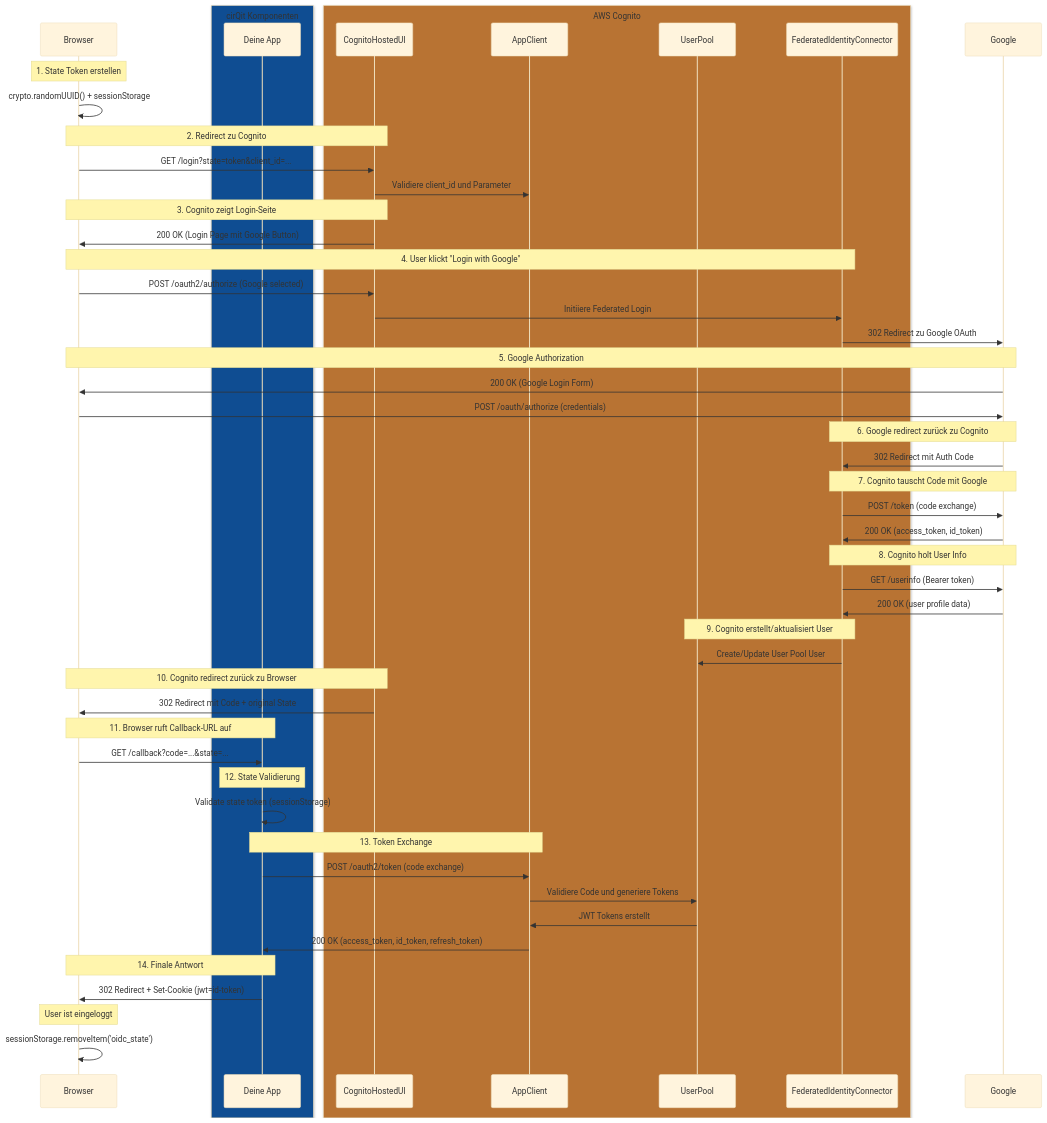
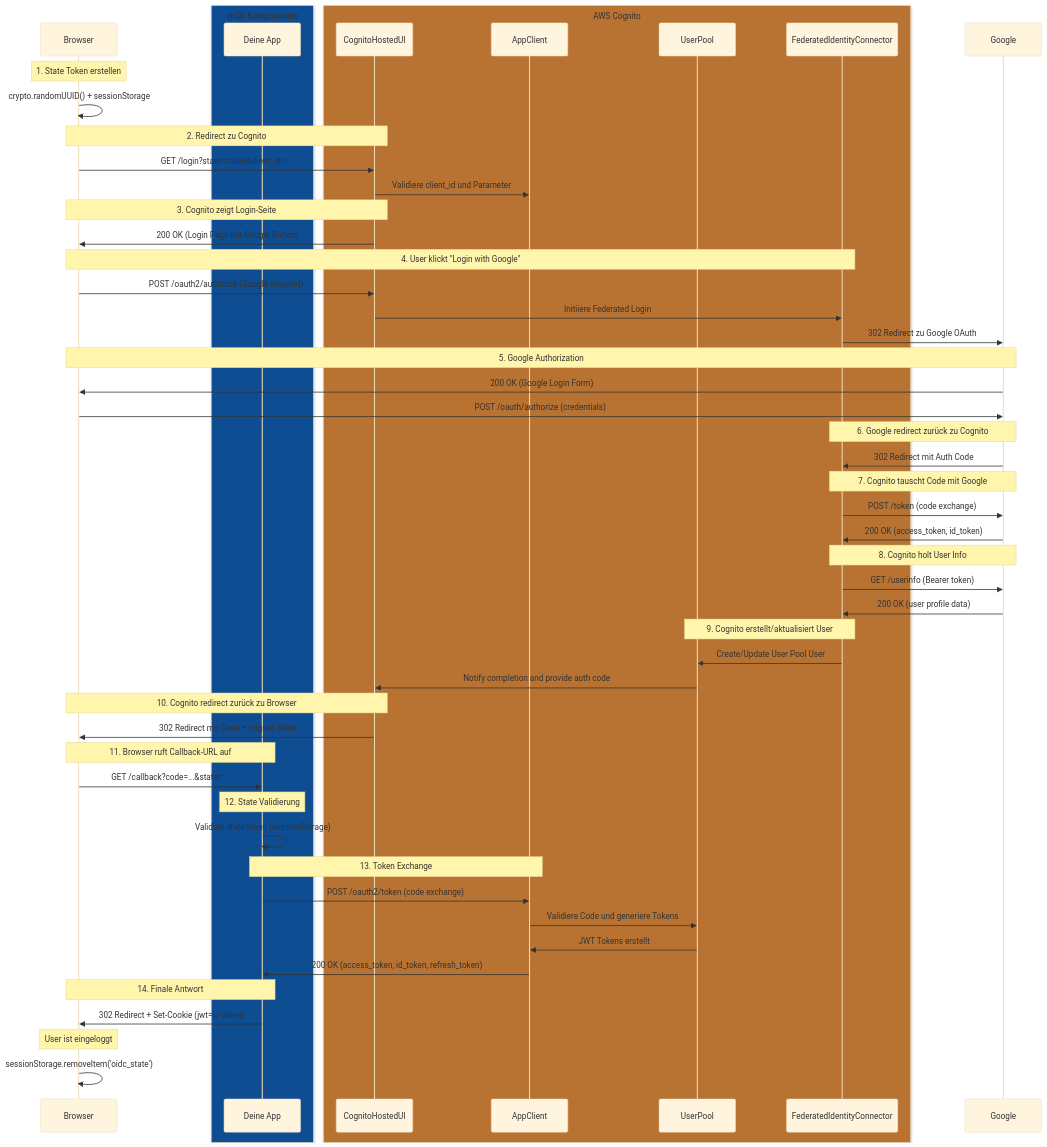
One commit to the-cirqit-editor/cirqit-openAPI changed the diagram in example/oidc/README.md. Above: the diagram before and after it, drawn with Mermaid (base theme). The commit also changed 3 other files, not shown here.

Commit message:
CIR-590 document the flows

````diff
--- a/example/oidc/README.md
+++ b/example/oidc/README.md
@@ -3,69 +3,70 @@
 ``` mermaid
 sequenceDiagram
     participant B as Browser
     box rgb(15, 77, 146)  cirQit Komponenten
         participant A as Deine App
     end 
 
     box rgb(184, 115, 51)  AWS Cognito 
         participant CUI as CognitoHostedUI
         participant AC as AppClient
         participant UP as UserPool
         participant FIC as FederatedIdentityConnector
     end
     participant G as Google
     
         Note over B: 1. State Token erstellen
         B->>B: crypto.randomUUID() + sessionStorage
         
         Note over B,CUI: 2. Redirect zu Cognito
         B->>CUI: GET /login?state=token&client_id=...
         CUI->>AC: Validiere client_id und Parameter
         
         Note over CUI,B: 3. Cognito zeigt Login-Seite
         CUI->>B: 200 OK (Login Page mit Google Button)
         
         Note over B,FIC: 4. User klickt "Login with Google"
         B->>CUI: POST /oauth2/authorize (Google selected)
         CUI->>FIC: Initiiere Federated Login
         FIC->>G: 302 Redirect zu Google OAuth
         
         Note over G,B: 5. Google Authorization
         G->>B: 200 OK (Google Login Form)
         B->>G: POST /oauth/authorize (credentials)
         
         Note over G,FIC: 6. Google redirect zurück zu Cognito
         G->>FIC: 302 Redirect mit Auth Code
         
         Note over FIC,G: 7. Cognito tauscht Code mit Google
         FIC->>G: POST /token (code exchange)
         G->>FIC: 200 OK (access_token, id_token)
         
         Note over FIC,G: 8. Cognito holt User Info
         FIC->>G: GET /userinfo (Bearer token)
         G->>FIC: 200 OK (user profile data)
         
         Note over FIC,UP: 9. Cognito erstellt/aktualisiert User
         FIC->>UP: Create/Update User Pool User
+        UP->>CUI: Notify completion and provide auth code
         
         Note over CUI,B: 10. Cognito redirect zurück zu Browser
         CUI->>B: 302 Redirect mit Code + original State
         
         Note over B,A: 11. Browser ruft Callback-URL auf
         B->>A: GET /callback?code=...&state=...
         
         Note over A: 12. State Validierung
         A->>A: Validate state token (sessionStorage)
         
         Note over A,AC: 13. Token Exchange
         A->>AC: POST /oauth2/token (code exchange)
         AC->>UP: Validiere Code und generiere Tokens
         UP->>AC: JWT Tokens erstellt
         AC->>A: 200 OK (access_token, id_token, refresh_token)
         
         Note over A,B: 14. Finale Antwort
         A->>B: 302 Redirect + Set-Cookie (jwt=id-token)
         
         Note over B: User ist eingeloggt
         B->>B: sessionStorage.removeItem('oidc_state')
 ```
````
